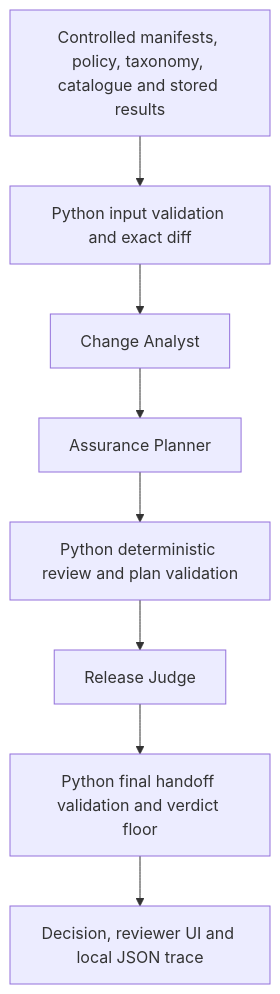
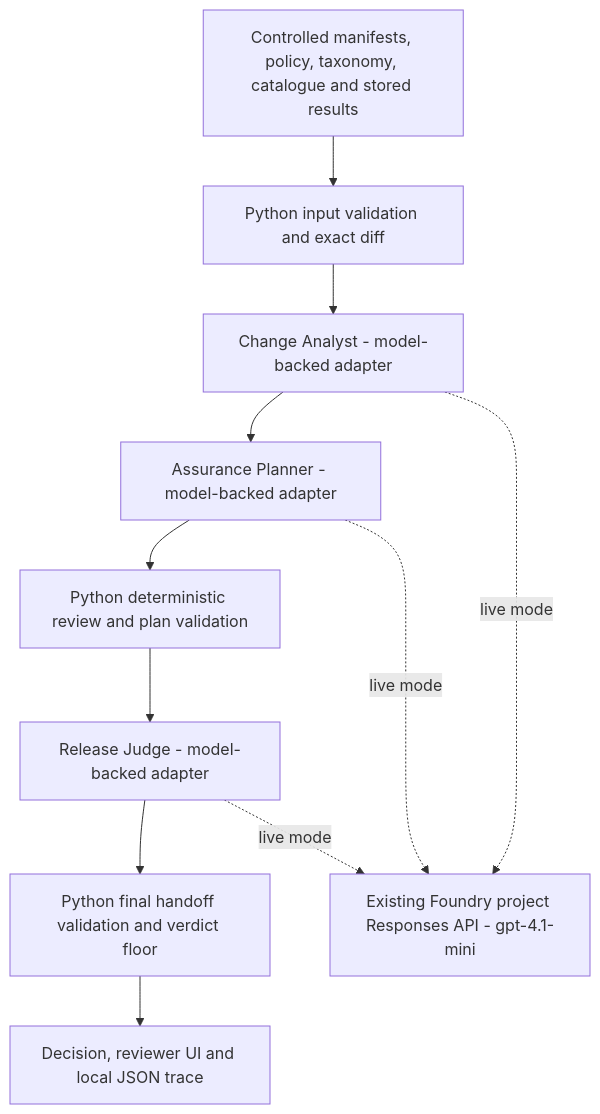
The diagram in docs/architecture.md (Gabriel-vr1/AgentGate), drawn with Mermaid before and after one commit. The commit also changed other lines of this file and 18 other files, not shown here.

````diff
--- a/docs/architecture.md
+++ b/docs/architecture.md
@@ -7,12 +7,16 @@
 ```mermaid
 flowchart TD
     Input[Controlled manifests, policy, taxonomy, catalogue and stored results]
     Validate[Python input validation and exact diff]
-    Analyst[Change Analyst]
-    Planner[Assurance Planner]
+    Analyst[Change Analyst - model-backed adapter]
+    Planner[Assurance Planner - model-backed adapter]
     Policy[Python deterministic review and plan validation]
-    Judge[Release Judge]
+    Judge[Release Judge - model-backed adapter]
     Guard[Python final handoff validation and verdict floor]
     Output[Decision, reviewer UI and local JSON trace]
+    Model[Existing Foundry project Responses API - gpt-4.1-mini]
     Input --> Validate --> Analyst --> Planner --> Policy --> Judge --> Guard --> Output
+    Analyst -. live mode .-> Model
+    Planner -. live mode .-> Model
+    Judge -. live mode .-> Model
 ```
````
